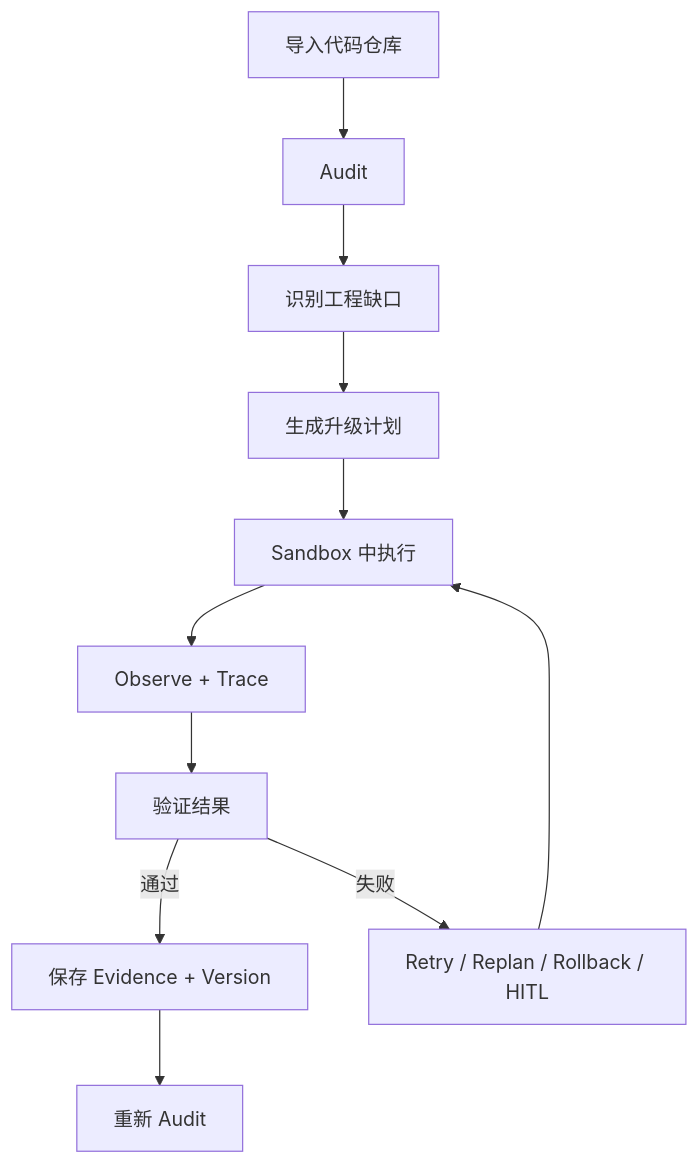
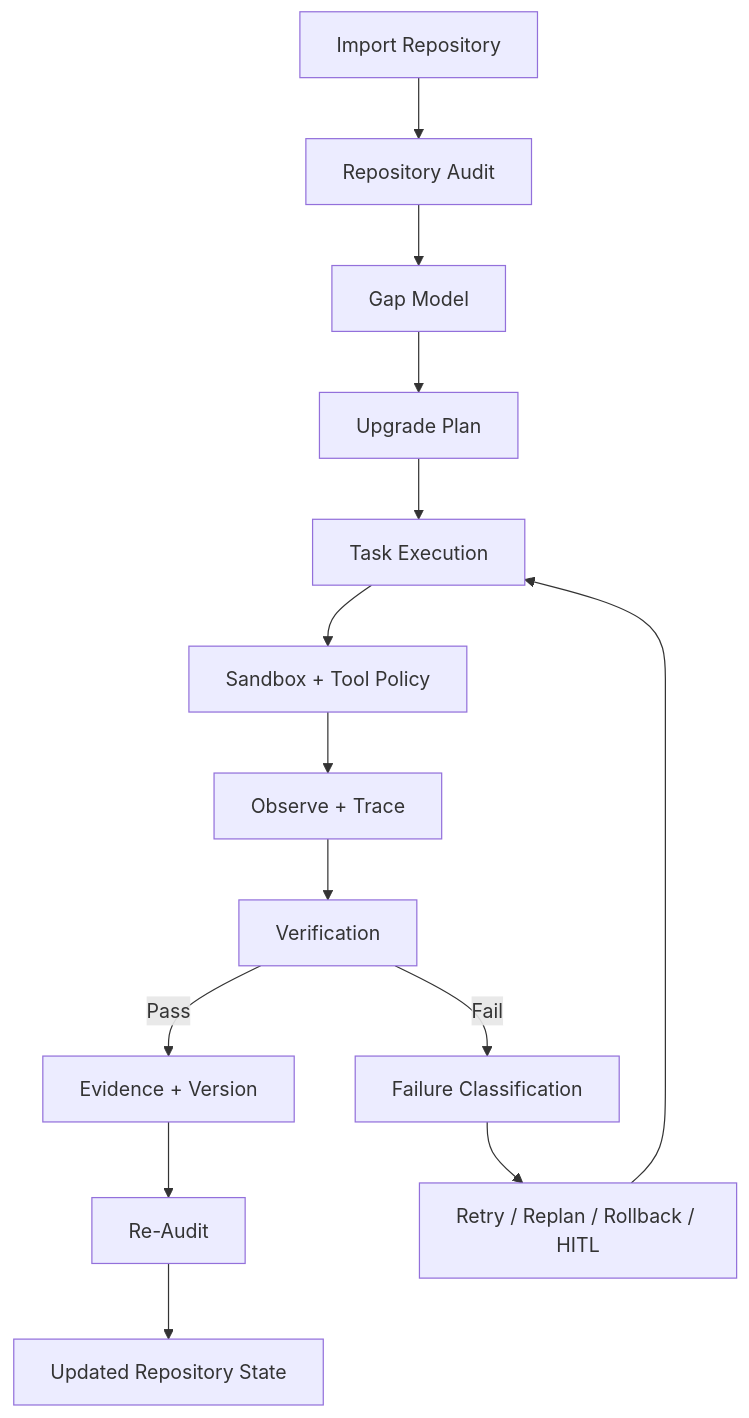
The diagram in README.zh-CN.md (Benjamindaoson/ai-engineering-project-os), drawn with Mermaid before and after one commit. The commit also changed other lines of this file, not shown here.

````diff
--- a/README.zh-CN.md
+++ b/README.zh-CN.md
@@ -183,13 +872,16 @@
 ```mermaid
 flowchart TD
-    A["导入代码仓库"] --> B["Audit"]
-    B --> C["识别工程缺口"]
-    C --> D["生成升级计划"]
-    D --> E["Sandbox 中执行"]
-    E --> F["Observe + Trace"]
-    F --> G["验证结果"]
-    G -->|通过| H["保存 Evidence + Version"]
-    G -->|失败| I["Retry / Replan / Rollback / HITL"]
-    I --> E
-    H --> J["重新 Audit"]
+    A["Import Repository"] --> B["Repository Audit"]
+    B --> C["Gap Model"]
+    C --> D["Upgrade Plan"]
+    D --> E["Task Execution"]
+    E --> F["Sandbox + Tool Policy"]
+    F --> G["Observe + Trace"]
+    G --> H["Verification"]
+    H -->|Pass| I["Evidence + Version"]
+    H -->|Fail| J["Failure Classification"]
+    J --> K["Retry / Replan / Rollback / HITL"]
+    K --> E
+    I --> L["Re-Audit"]
+    L --> M["Updated Repository State"]
 ```
````
